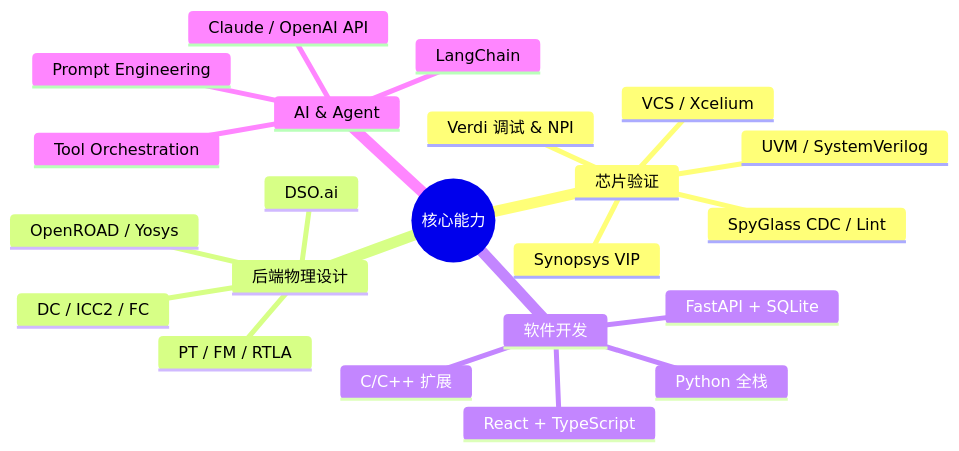
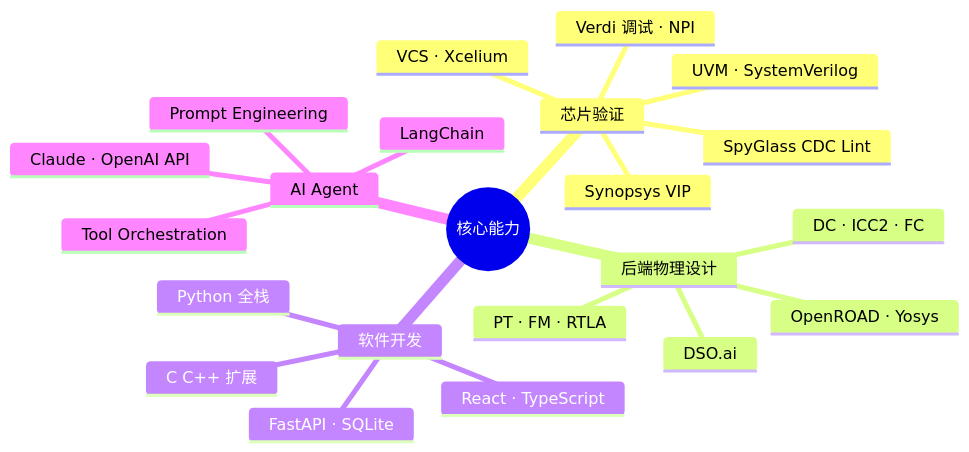
Before and after one commit to Johnmc104/Johnmc104: the first of 3 diagrams in README.md, drawn with Mermaid. The commit also changed other lines of this file, not shown here.

````diff
--- a/README.md
+++ b/README.md
@@ -35,25 +35,25 @@
 ```mermaid
 mindmap
   root((核心能力))
     芯片验证
-      UVM / SystemVerilog
-      VCS / Xcelium
-      Verdi 调试 & NPI
-      SpyGlass CDC / Lint
+      UVM · SystemVerilog
+      VCS · Xcelium
+      Verdi 调试 · NPI
+      SpyGlass CDC Lint
       Synopsys VIP
     后端物理设计
-      DC / ICC2 / FC
-      PT / FM / RTLA
+      DC · ICC2 · FC
+      PT · FM · RTLA
       DSO.ai
-      OpenROAD / Yosys
+      OpenROAD · Yosys
     软件开发
       Python 全栈
-      React + TypeScript
-      FastAPI + SQLite
-      C/C++ 扩展
-    AI & Agent
+      React · TypeScript
+      FastAPI · SQLite
+      C C++ 扩展
+    AI Agent
       LangChain
-      Claude / OpenAI API
+      Claude · OpenAI API
       Prompt Engineering
       Tool Orchestration
 ```
````
